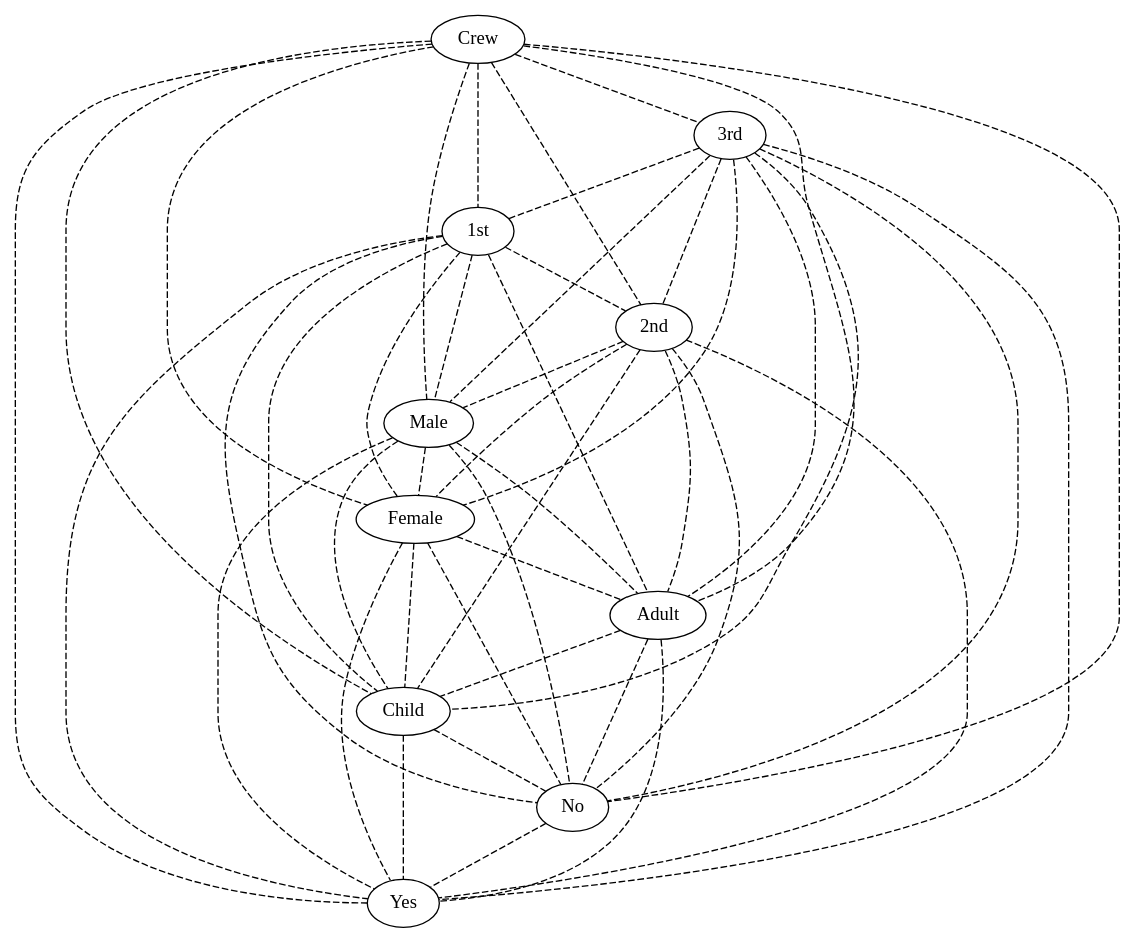
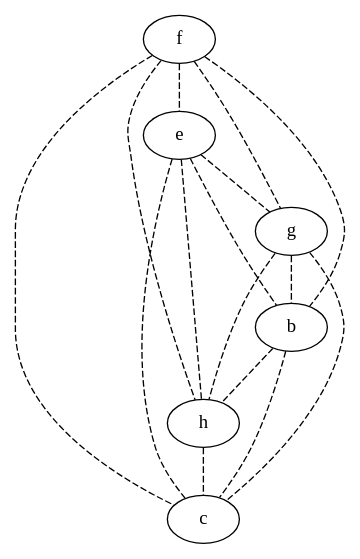
The diagram in src/extension/initGraph.dot (lrodrin/TFG), drawn with Graphviz before and after one commit. The commit also changed 7 other files, not shown here.

```diff
--- a/src/extension/initGraph.dot
+++ b/src/extension/initGraph.dot
@@ -1,57 +1,23 @@
 strict graph "" {
-Crew;
-"3rd";
-"1st";
-"2nd";
-Male;
-Female;
-Adult;
-Child;
-No;
-Yes;
-Crew -- "3rd"  [color=black, style=dashed];
-Crew -- "1st"  [color=black, style=dashed];
-Crew -- "2nd"  [color=black, style=dashed];
-Crew -- Male  [color=black, style=dashed];
-Crew -- Female  [color=black, style=dashed];
-Crew -- Adult  [color=black, style=dashed];
-Crew -- Child  [color=black, style=dashed];
-Crew -- No  [color=black, style=dashed];
-Crew -- Yes  [color=black, style=dashed];
-"3rd" -- "1st"  [color=black, style=dashed];
-"3rd" -- "2nd"  [color=black, style=dashed];
-"3rd" -- Male  [color=black, style=dashed];
-"3rd" -- Female  [color=black, style=dashed];
-"3rd" -- Adult  [color=black, style=dashed];
-"3rd" -- Child  [color=black, style=dashed];
-"3rd" -- No  [color=black, style=dashed];
-"3rd" -- Yes  [color=black, style=dashed];
-"1st" -- "2nd"  [color=black, style=dashed];
-"1st" -- Male  [color=black, style=dashed];
-"1st" -- Female  [color=black, style=dashed];
-"1st" -- Adult  [color=black, style=dashed];
-"1st" -- Child  [color=black, style=dashed];
-"1st" -- No  [color=black, style=dashed];
-"1st" -- Yes  [color=black, style=dashed];
-"2nd" -- Male  [color=black, style=dashed];
-"2nd" -- Female  [color=black, style=dashed];
-"2nd" -- Adult  [color=black, style=dashed];
-"2nd" -- Child  [color=black, style=dashed];
-"2nd" -- No  [color=black, style=dashed];
-"2nd" -- Yes  [color=black, style=dashed];
-Male -- Female  [color=black, style=dashed];
-Male -- Adult  [color=black, style=dashed];
-Male -- Child  [color=black, style=dashed];
-Male -- No  [color=black, style=dashed];
-Male -- Yes  [color=black, style=dashed];
-Female -- Adult  [color=black, style=dashed];
-Female -- Child  [color=black, style=dashed];
-Female -- No  [color=black, style=dashed];
-Female -- Yes  [color=black, style=dashed];
-Adult -- Child  [color=black, style=dashed];
-Adult -- No  [color=black, style=dashed];
-Adult -- Yes  [color=black, style=dashed];
-Child -- No  [color=black, style=dashed];
-Child -- Yes  [color=black, style=dashed];
-No -- Yes  [color=black, style=dashed];
+f;
+e;
+g;
+b;
+h;
+c;
+f -- e  [color=black, style=dashed];
+f -- g  [color=black, style=dashed];
+f -- b  [color=black, style=dashed];
+f -- h  [color=black, style=dashed];
+f -- c  [color=black, style=dashed];
+e -- g  [color=black, style=dashed];
+e -- b  [color=black, style=dashed];
+e -- h  [color=black, style=dashed];
+e -- c  [color=black, style=dashed];
+g -- b  [color=black, style=dashed];
+g -- h  [color=black, style=dashed];
+g -- c  [color=black, style=dashed];
+b -- h  [color=black, style=dashed];
+b -- c  [color=black, style=dashed];
+h -- c  [color=black, style=dashed];
 }
```
